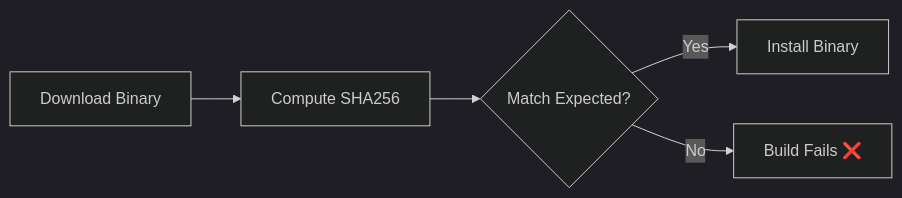
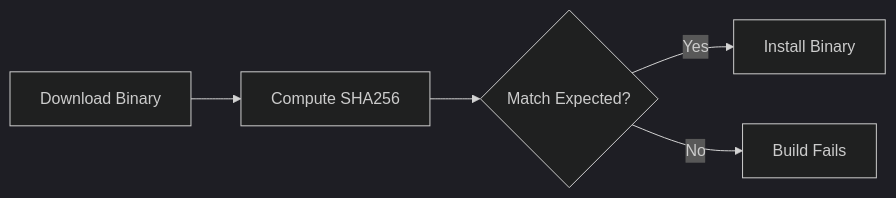
One commit to brandonwie/brandonwie.dev changed the diagram in src/content/posts/en/security/binary-checksum-verification.md. Above: the diagram before and after it, drawn with Mermaid (dark theme). The commit also changed other lines of this file and 74 other files, not shown here.

````diff
--- a/src/content/posts/en/security/binary-checksum-verification.md
+++ b/src/content/posts/en/security/binary-checksum-verification.md
@@ -75,7 +41,7 @@
 ```mermaid
 flowchart LR
     Download["Download Binary"] --> Compute["Compute SHA256"]
     Compute --> Compare{"Match Expected?"}
     Compare -->|Yes| Install["Install Binary"]
-    Compare -->|No| Fail["Build Fails ❌"]
+    Compare -->|No| Fail["Build Fails"]
 ```
````
